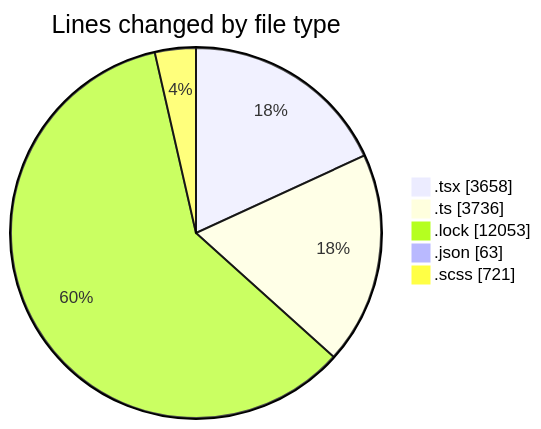
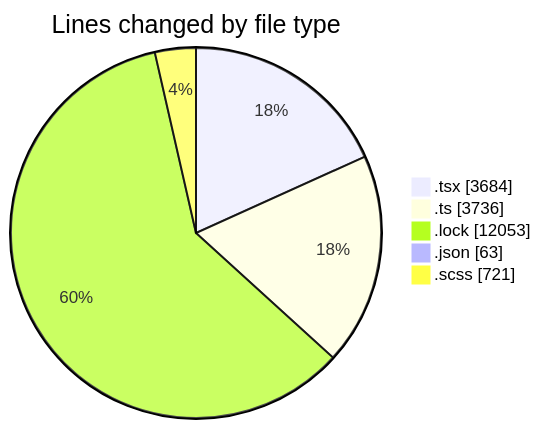
One commit to momahboobian/code-tracking changed the first of 2 diagrams in 2025-12-03/cda/README.md. Above: the diagram before and after it, drawn with Mermaid. The commit also changed other lines of this file and 1 other file, not shown here.

````diff
--- a/2025-12-03/cda/README.md
+++ b/2025-12-03/cda/README.md
@@ -32,9 +32,9 @@
 ```mermaid
 pie showData
 title Lines changed by file type
-".tsx" : 3658
+".tsx" : 3684
 ".ts" : 3736
 ".lock" : 12053
 ".json" : 63
 ".scss" : 721
 ```
````
